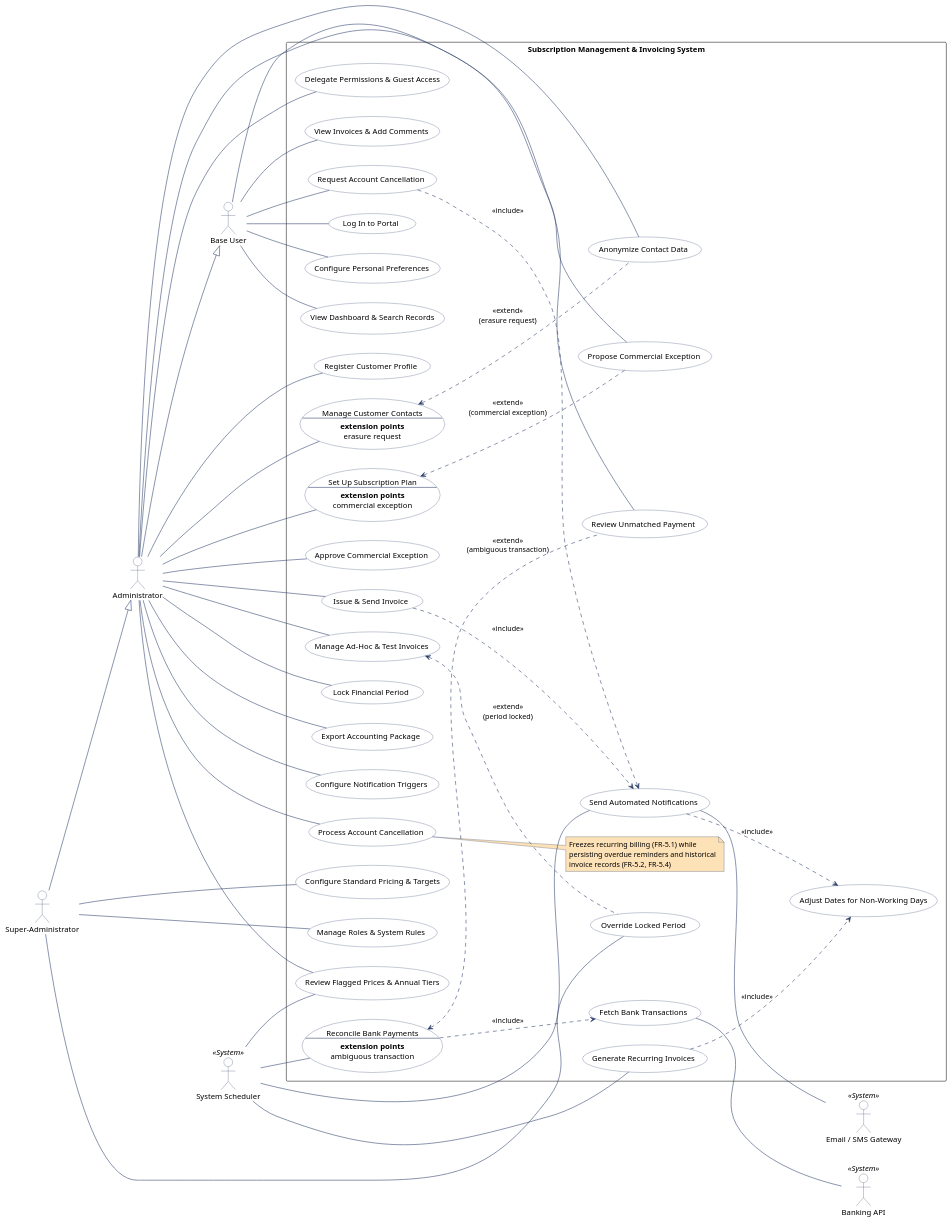
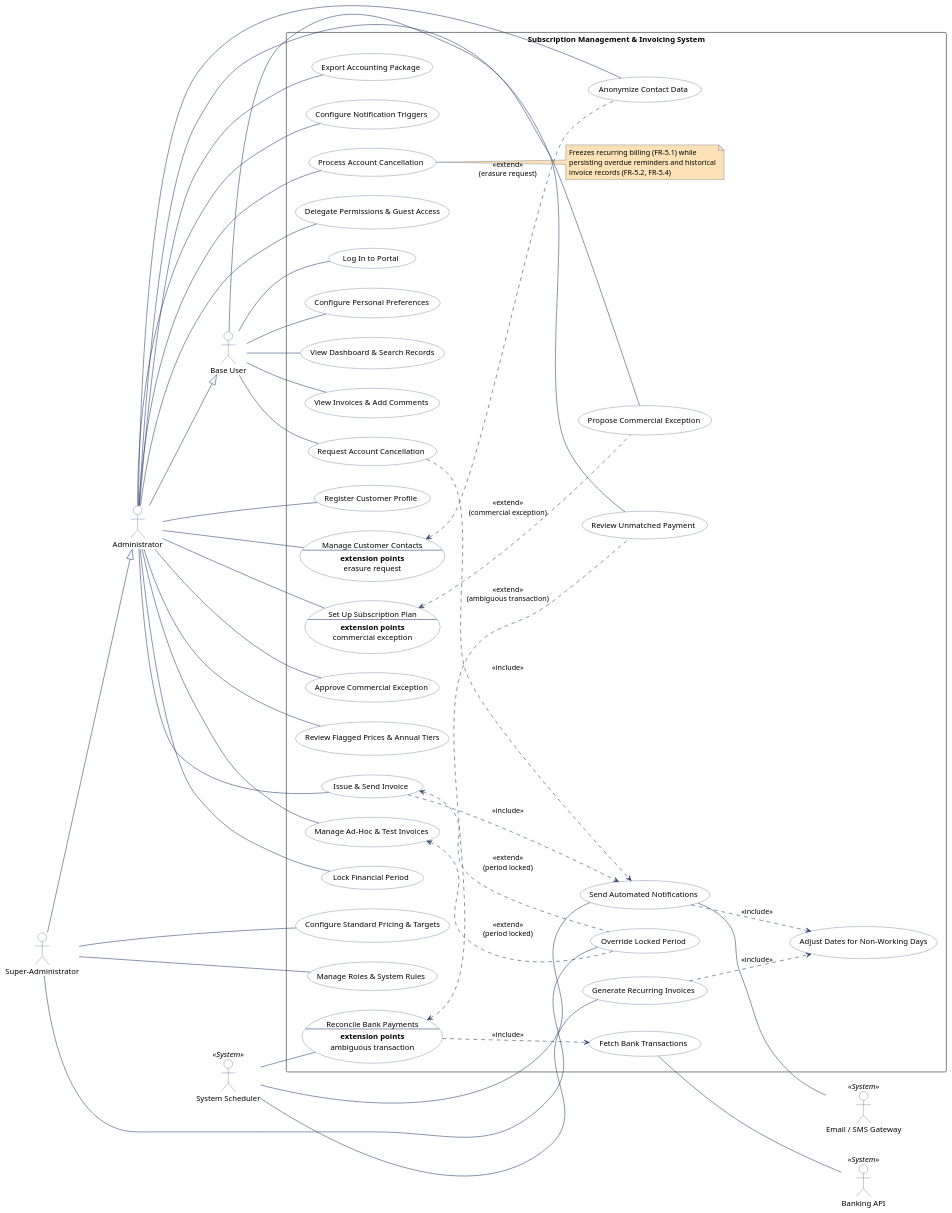
The diagram in doc/src/use-case-diagram.pu (Sandunga-ADAProj/ada-project), drawn with PlantUML before and after one commit. The commit also changed 2 other files, not shown here.

```diff
--- a/doc/src/use-case-diagram.pu
+++ b/doc/src/use-case-diagram.pu
@@ -1,164 +1,165 @@
 @startuml
 left to right direction
 
 ' Global settings
 skinparam shadowing false
 skinparam packageStyle rectangle
 
 ' Use Case styling
 skinparam usecase {
     BackgroundColor #FFFFFF
     BorderColor #2B3E6A
     FontColor #000000
 }
 
 ' Actor styling
 skinparam actor {
     BackgroundColor #FFFFFF
     BorderColor #2B3E6A
     FontColor #000000
 }
 
 ' Note styling
 skinparam note {
     BackgroundColor #FDE2B8
     BorderColor #2B3E6A
     FontColor #000000
 }
 
 ' Arrow styling
 skinparam arrow {
     Color #2B3E6A
 }
 
 '=== Actors ===
 ' Human Actors
 actor "Base User" as User
 actor "Administrator" as Admin
 actor "Super-Administrator" as SuperAdmin
 
 ' System Actors
 actor "Banking API" as BankAPI << System >>
 actor "Email / SMS Gateway" as NotifSystem << System >>
 actor "System Scheduler" as Timer << System >>
 
 
 '=== System Boundary ===
 rectangle "Subscription Management & Invoicing System" {
 
     '=== Use Cases ===
     ' 1. Portal Access & Navigation (UC01 - UC04)
     usecase "Log In to Portal" as UC01
     usecase "Configure Personal Preferences" as UC02
     usecase "View Dashboard & Search Records" as UC03
     usecase "View Invoices & Add Comments" as UC04
 
     ' 2. Customer Onboarding & CRM (UC05 - UC07)
     usecase "Register Customer Profile" as UC05
     usecase UC06 as "Manage Customer Contacts
     --
     **extension points**
     erasure request"
     usecase "Anonymize Contact Data" as UC07
 
     ' 3. Subscriptions & Pricing (UC08 - UC12)
     usecase UC08 as "Set Up Subscription Plan
     --
     **extension points**
     commercial exception"
     usecase "Propose Commercial Exception" as UC09
     usecase "Approve Commercial Exception" as UC10
     usecase "Configure Standard Pricing & Targets" as UC11
     usecase "Review Flagged Prices & Annual Tiers" as UC12
 
     ' 4. Invoicing & Accounting Operations (UC13 - UC19)
     usecase "Generate Recurring Invoices" as UC13
     usecase "Manage Ad-Hoc & Test Invoices" as UC14
     usecase "Issue & Send Invoice" as UC15
     usecase "Lock Financial Period" as UC16
     usecase "Override Locked Period" as UC17
     usecase "Export Accounting Package" as UC18
     usecase "Adjust Dates for Non-Working Days" as UC19
 
     ' 5. Banking & Reconciliation (UC20 - UC22)
     usecase UC20 as "Reconcile Bank Payments
     --
     **extension points**
     ambiguous transaction"
     usecase "Fetch Bank Transactions" as UC21
     usecase "Review Unmatched Payment" as UC22
 
     ' 6. Notifications & Cancellation (UC23 - UC26)
     usecase "Send Automated Notifications" as UC23
     usecase "Configure Notification Triggers" as UC24
     usecase "Request Account Cancellation" as UC25
     usecase "Process Account Cancellation" as UC26
 
     note right of UC26
         Freezes recurring billing (FR-5.1) while
         persisting overdue reminders and historical
         invoice records (FR-5.2, FR-5.4)
     end note
 
     ' 7. Access & System Administration (UC27 - UC28)
     usecase "Delegate Permissions & Guest Access" as UC27
     usecase "Manage Roles & System Rules" as UC28
 
 }
 
 '=== Relationships ===
 ' Actor Generalizations
 Admin --|> User
 SuperAdmin --|> Admin
 
 ' Base User Associations
 User -- UC01
 User -- UC02
 User -- UC03
 User -- UC04
 User -- UC09
 User -- UC25
 
 ' Administrator Associations
 Admin -- UC05
 Admin -- UC06
 Admin -- UC07
 Admin -- UC08
 Admin -- UC10
 Admin -- UC12
 Admin -- UC14
 Admin -- UC15
 Admin -- UC16
 Admin -- UC18
 Admin -- UC22
 Admin -- UC24
 Admin -- UC26
 Admin -- UC27
 
 ' Super-Administrator Associations
 SuperAdmin -- UC11
 SuperAdmin -- UC17
 SuperAdmin -- UC28
 
 ' Automated System Actor Associations
-Timer -- UC12
 Timer -- UC13
 Timer -- UC20
 Timer -- UC23
 UC21 -- BankAPI
 UC23 -- NotifSystem
 
 ' Include Relationships (Shared Subfunctions & External Calls)
 UC13 ..> UC19 : <<include>>
 UC23 ..> UC19 : <<include>>
 UC15 ..> UC23 : <<include>>
 UC25 ..> UC23 : <<include>>
 UC20 ..> UC21 : <<include>>
 
 ' Extend Relationships (Conditional Workflows)
 UC06 <.. UC07 : <<extend>>\n(erasure request)
 UC08 <.. UC09 : <<extend>>\n(commercial exception)
 UC14 <.. UC17 : <<extend>>\n(period locked)
+UC15 <.. UC17 : <<extend>>\n(period locked)
 UC20 <.. UC22 : <<extend>>\n(ambiguous transaction)
 
+
 @enduml
```
